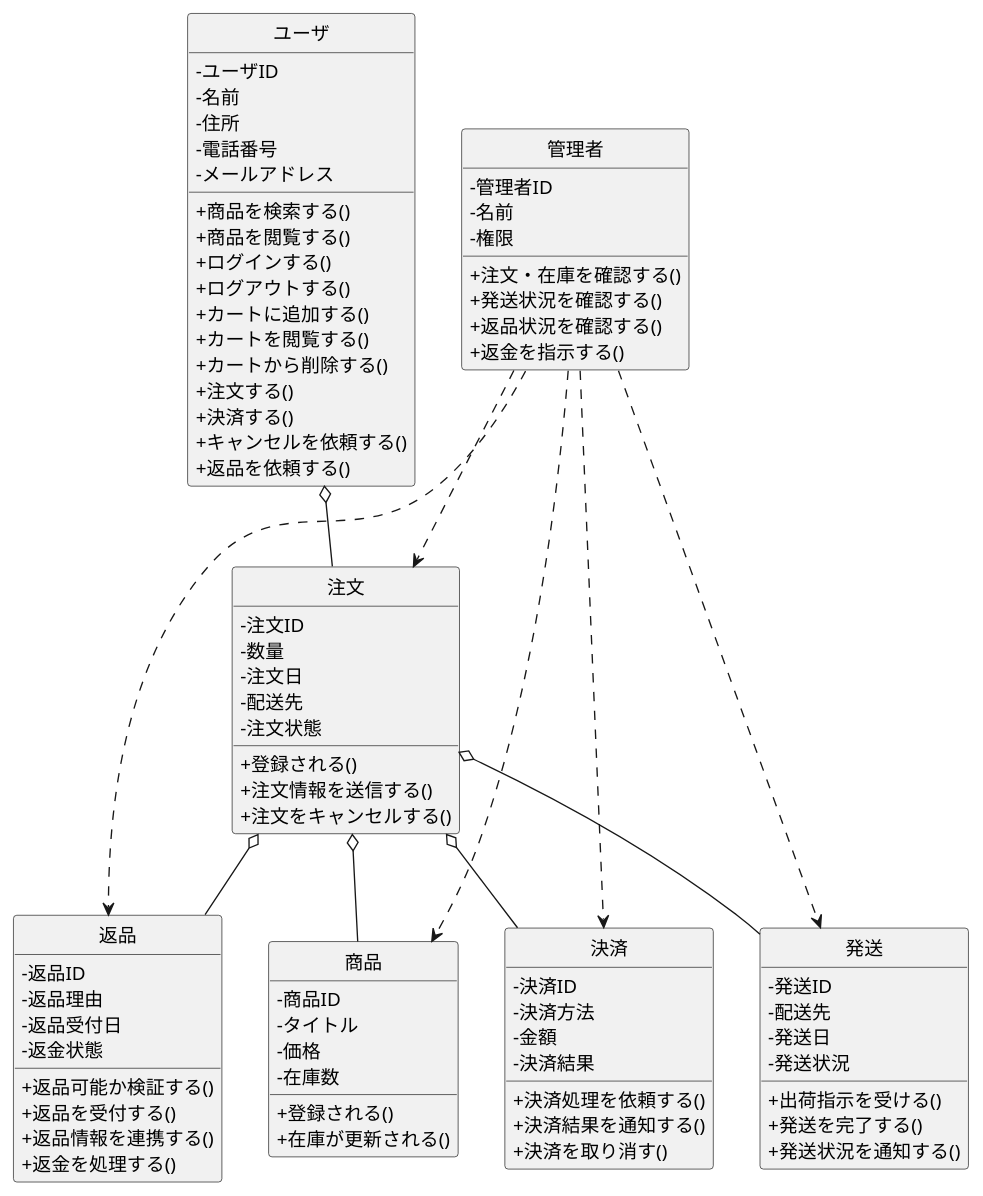
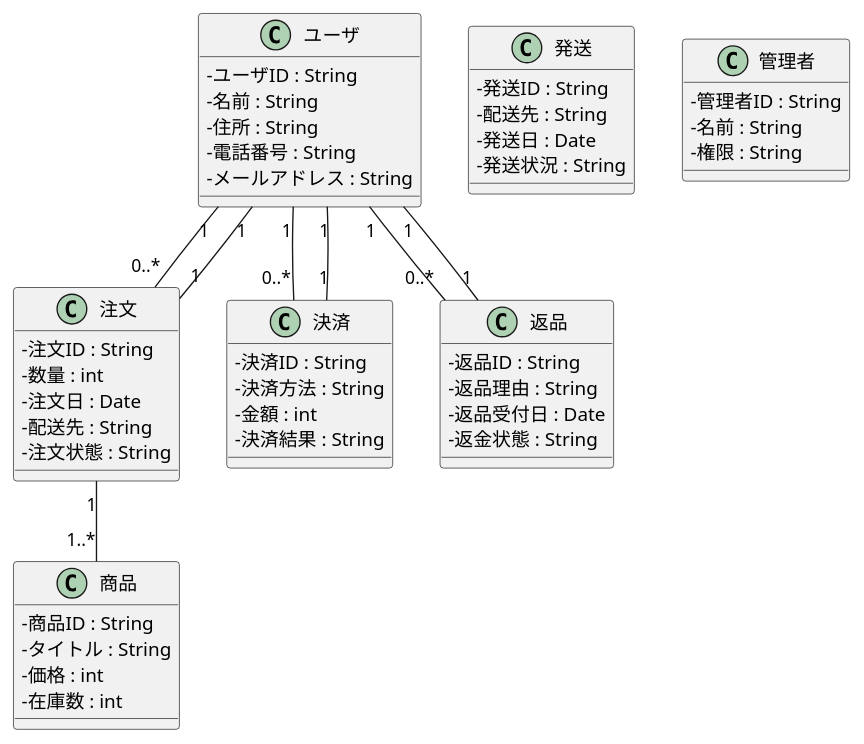
The diagram in BBshop/class.pu (ghbuser12/ohara_uml), drawn with PlantUML before and after one commit.

```diff
--- a/BBshop/class.pu
+++ b/BBshop/class.pu
@@ -1,104 +1,63 @@
-@startuml ECサイトクラス図
+@startuml BBショップクラス図
 skinparam classAttributeIconSize 0
-hide circle
 
 class ユーザ {
- -ユーザID
- -名前
- -住所
- -電話番号
- -メールアドレス
-
- +商品を検索する()
- +商品を閲覧する()
- +ログインする()
- +ログアウトする()
- +カートに追加する()
- +カートを閲覧する()
- +カートから削除する()
- +注文する()
- +決済する()
- +キャンセルを依頼する()
- +返品を依頼する()
+  - ユーザID : String
+  - 名前 : String
+  - 住所 : String
+  - 電話番号 : String
+  - メールアドレス : String
 }
 
 class 商品 {
- -商品ID
- -タイトル
- -価格
- -在庫数
-
- +登録される()
- +在庫が更新される()
+  - 商品ID : String
+  - タイトル : String
+  - 価格 : int
+  - 在庫数 : int
 }
 
 class 注文 {
- -注文ID
- -数量
- -注文日
- -配送先
- -注文状態
-
- +登録される()
- +注文情報を送信する()
- +注文をキャンセルする()
+  - 注文ID : String
+  - 数量 : int
+  - 注文日 : Date
+  - 配送先 : String
+  - 注文状態 : String
 }
 
 class 決済 {
- -決済ID
- -決済方法
- -金額
- -決済結果
-
- +決済処理を依頼する()
- +決済結果を通知する()
- +決済を取り消す()
+  - 決済ID : String
+  - 決済方法 : String
+  - 金額 : int
+  - 決済結果 : String
 }
 
 class 発送 {
- -発送ID
- -配送先
- -発送日
- -発送状況
-
- +出荷指示を受ける()
- +発送を完了する()
- +発送状況を通知する()
+  - 発送ID : String
+  - 配送先 : String
+  - 発送日 : Date
+  - 発送状況 : String
 }
 
 class 返品 {
- -返品ID
- -返品理由
- -返品受付日
- -返金状態
-
- +返品可能か検証する()
- +返品を受付する()
- +返品情報を連携する()
- +返金を処理する()
+  - 返品ID : String
+  - 返品理由 : String
+  - 返品受付日 : Date
+  - 返金状態 : String
 }
 
 class 管理者 {
- -管理者ID
- -名前
- -権限
-
- +注文・在庫を確認する()
- +発送状況を確認する()
- +返品状況を確認する()
- +返金を指示する()
+  - 管理者ID : String
+  - 名前 : String
+  - 権限 : String
 }
 
 ' 関連
-ユーザ o-- 注文
-注文 o-- 商品
-注文 o-- 決済
-注文 o-- 発送
-注文 o-- 返品
-管理者 ..> 商品
-管理者 ..> 注文
-管理者 ..> 発送
-管理者 ..> 返品
-管理者 ..> 決済
+ユーザ "1" -- "0..*" 注文
+ユーザ "1" -- "0..*" 決済
+ユーザ "1" -- "0..*" 返品
+注文 "1" -- "1..*" 商品
+注文 "1" -- "1" ユーザ
+決済 "1" -- "1" ユーザ
+返品 "1" -- "1" ユーザ
 
 @enduml
```
